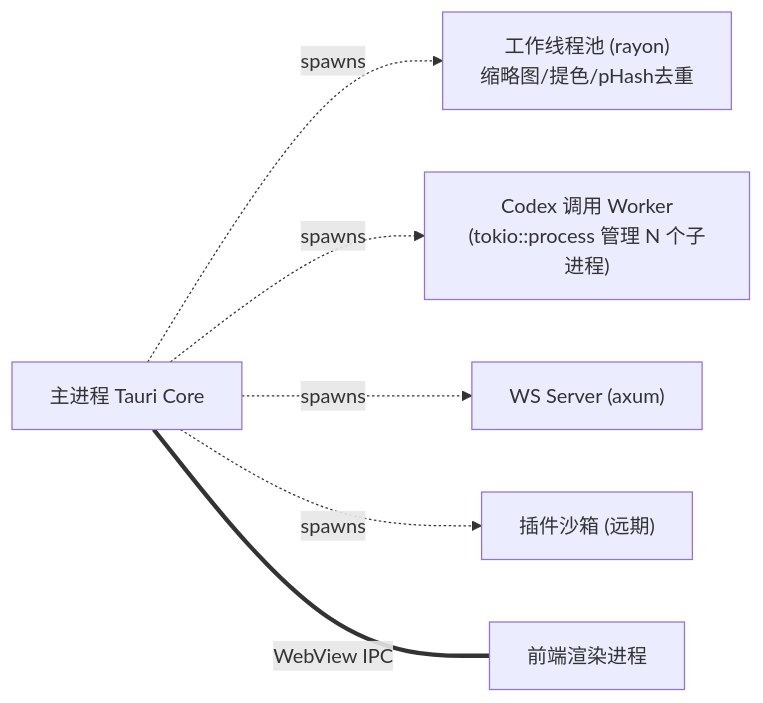
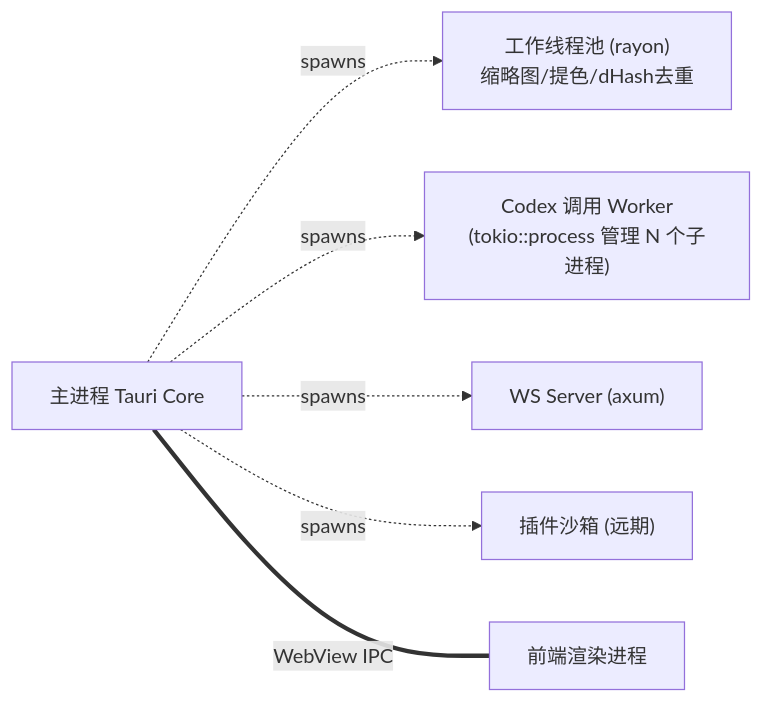
The second of 3 diagrams in Bowerbird开发计划.md (hohohin/Bowerbird), drawn with Mermaid before and after one commit. The commit also changed other lines of this file and 21 other files, not shown here.

First line of the commit message:
存档：创作板 UI 落地（真实文本编辑器 + @ 选图 + 维度 chips 来自图片 sections）+ 反推 caption sections 结构化 + 多维度序列化修复

````diff
--- a/Bowerbird开发计划.md
+++ b/Bowerbird开发计划.md
@@ -180,8 +191,8 @@
 ```mermaid
 flowchart LR
-    MAIN["主进程 Tauri Core"] -. spawns .-> WP["工作线程池 (rayon)<br/>缩略图/提色/pHash去重"]
+    MAIN["主进程 Tauri Core"] -. spawns .-> WP["工作线程池 (rayon)<br/>缩略图/提色/dHash去重"]
     MAIN -. spawns .-> CX["Codex 调用 Worker<br/>(tokio::process 管理 N 个子进程)"]
     MAIN -. spawns .-> WSS["WS Server (axum)"]
     MAIN -. spawns .-> WASM["插件沙箱 (远期)"]
     MAIN ===|WebView IPC| UI["前端渲染进程"]
 ```
````
